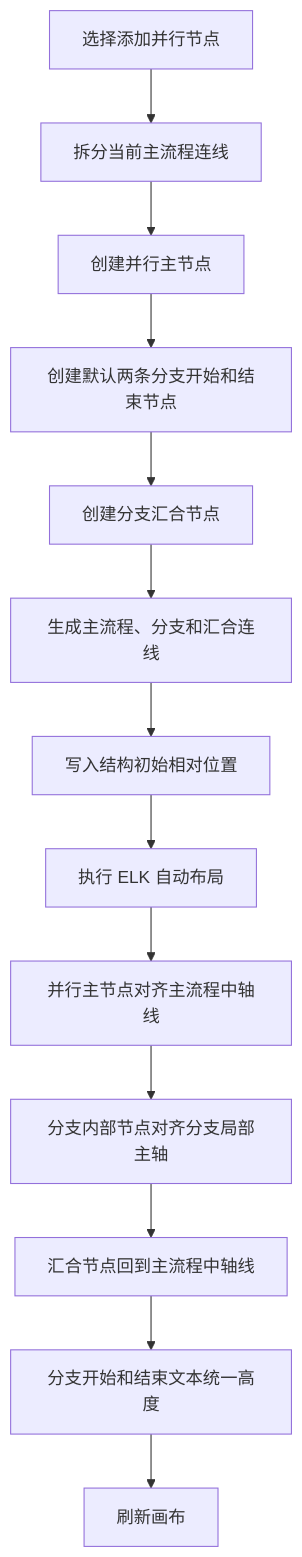
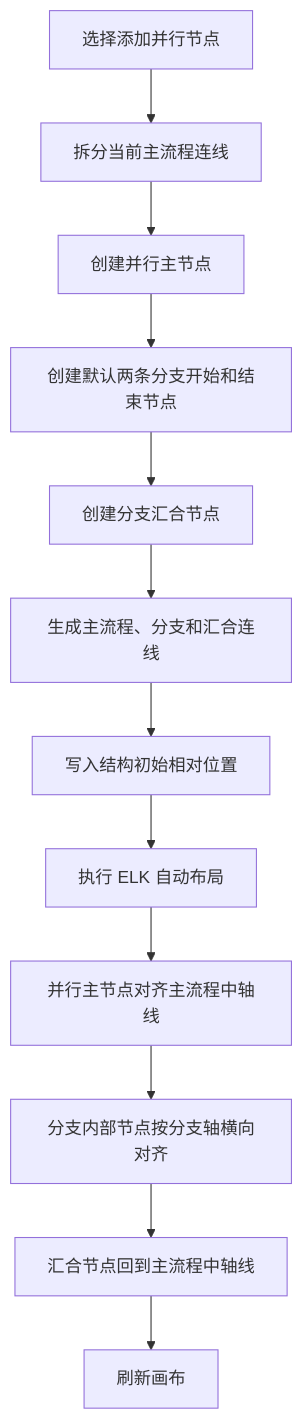
One commit to THZSummer/open-app changed diagram 17 of 32 in front/doc/2026年6月文档/连接流配置需求设计说明书.md. Above: the diagram before and after it, drawn with Mermaid. The commit also changed other lines of this file and 6 other files, not shown here.

````diff
--- a/front/doc/2026年6月文档/连接流配置需求设计说明书.md
+++ b/front/doc/2026年6月文档/连接流配置需求设计说明书.md
@@ -478,15 +550,14 @@
 ```mermaid
 flowchart TD
   InsertParallel[选择添加并行节点] --> SplitEdge[拆分当前主流程连线]
   SplitEdge --> CreateMain[创建并行主节点]
   CreateMain --> CreateBranches[创建默认两条分支开始和结束节点]
   CreateBranches --> CreateMerge[创建分支汇合节点]
   CreateMerge --> BuildEdges[生成主流程、分支和汇合连线]
   BuildEdges --> InitialPosition[写入结构初始相对位置]
   InitialPosition --> ElkLayout[执行 ELK 自动布局]
   ElkLayout --> AlignMain[并行主节点对齐主流程中轴线]
-  AlignMain --> AlignBranches[分支内部节点对齐分支局部主轴]
+  AlignMain --> AlignBranches[分支内部节点按分支轴横向对齐]
   AlignBranches --> AlignMerge[汇合节点回到主流程中轴线]
-  AlignMerge --> AlignText[分支开始和结束文本统一高度]
-  AlignText --> RenderCanvas[刷新画布]
+  AlignMerge --> RenderCanvas[刷新画布]
 ```
````
